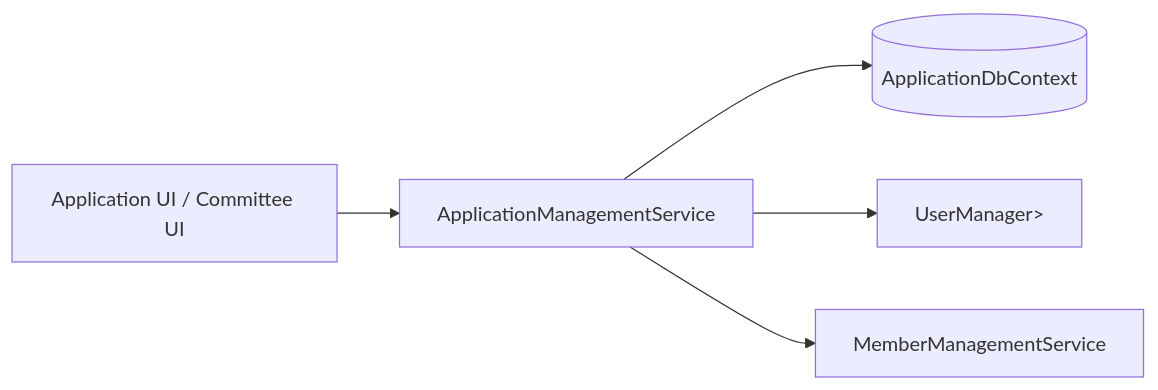
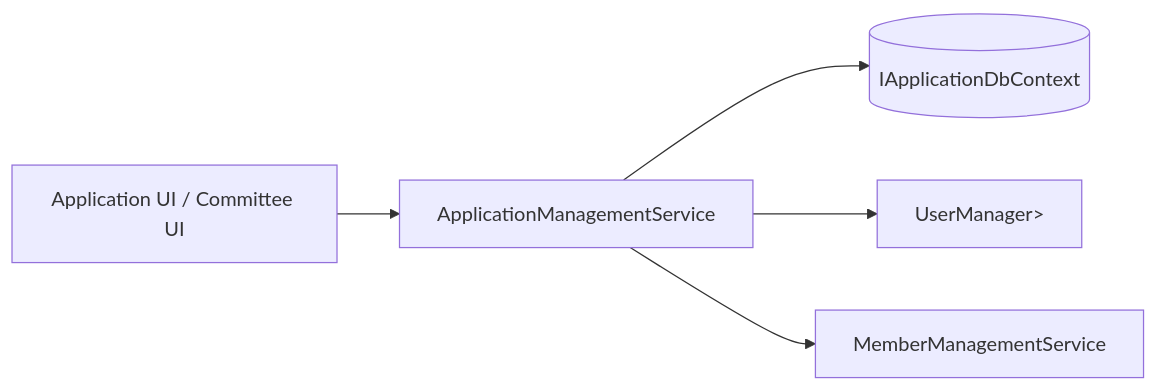
The diagram in docs/10-domain-membership-applications/07-services/application-management-service.md (alwon1/ClubBaist-test), drawn with Mermaid before and after one commit. The commit also changed other lines of this file and 3 other files, not shown here.

Commit message:
Refactor data access layer to use IApplicationDbContext interface for better abstraction and testability

````diff
--- a/docs/10-domain-membership-applications/07-services/application-management-service.md
+++ b/docs/10-domain-membership-applications/07-services/application-management-service.md
@@ -80,7 +85,7 @@
 ```mermaid
 flowchart LR
   Caller[Application UI / Committee UI] --> AMS[ApplicationManagementService]
-  AMS --> DB[(ApplicationDbContext)]
+  AMS --> DB[(IApplicationDbContext)]
   AMS --> UM[UserManager<ApplicationUser<TKey>>]
   AMS --> MMS[MemberManagementService]
 ```
````
